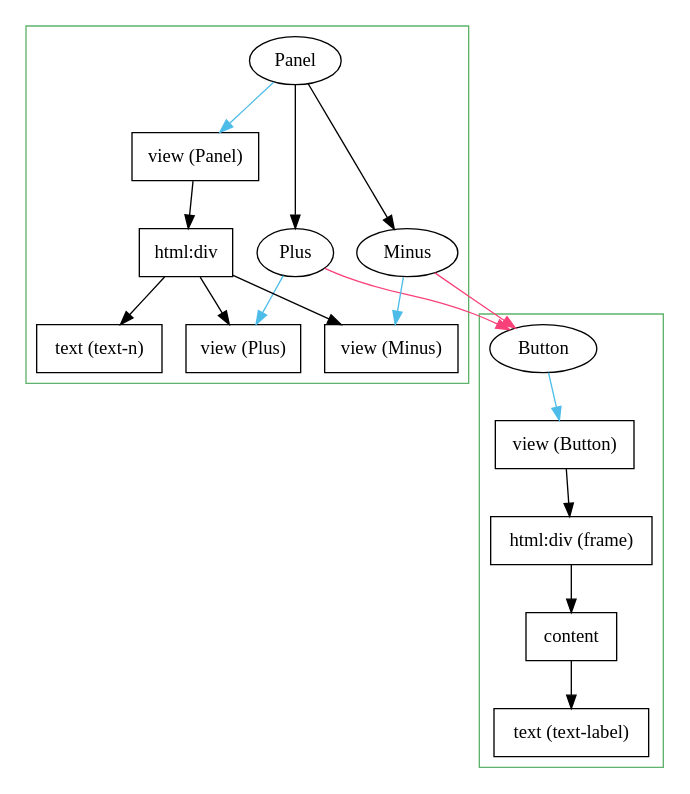
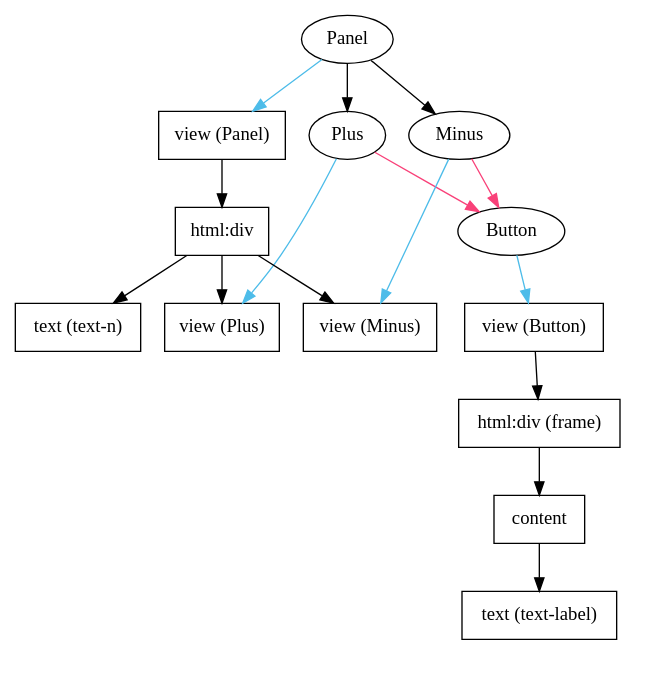
One commit to bendr/bender changed the diagram in spec/fig/panel.gv. Above: the diagram before and after it, drawn with Graphviz. The commit also changed 12 other files, not shown here.

```diff
--- a/spec/fig/panel.gv
+++ b/spec/fig/panel.gv
@@ -1,45 +1,42 @@
 digraph panel {
   node [fontname="Avenir Next"];
   edge [fontname="Avenir Next"];
 
-  subgraph cluster_panel {
-    color="#5eb26b";
-    Panel [ordering=out]
-    Panel -> vpanel [color="#4dbce9"]
-    Panel -> Plus
-    Panel -> Minus
+  Panel [ordering=out]
+  Panel -> vpanel [color="#4dbce9"]
+  Panel -> Plus
+  Panel -> Minus
 
-    subgraph { rank=same; Plus; Minus }
+  subgraph { rank=same; Plus; Minus }
 
-    div1 [label="html:div", shape=box]
-    vpanel [label="view (Panel)", shape=box]
-    vminus [label="view (Minus)", shape=box]
-    vplus [label="view (Plus)", shape=box]
+  div1 [label="html:div", shape=box]
+  vpanel [label="view (Panel)", shape=box]
+  vminus [label="view (Minus)", shape=box]
+  vplus [label="view (Plus)", shape=box]
 
-    textn [label="text (text-n)", shape=box]
-    vpanel -> div1
-    div1 -> textn
-    div1 -> vminus
-    div1 -> vplus
+  textn [label="text (text-n)", shape=box]
+  vpanel -> div1
+  div1 -> textn
+  div1 -> vminus
+  div1 -> vplus
 
-    Plus -> vplus [color="#4dbce9"]
-    Minus -> vminus [color="#4dbce9"]
-  }
+  Plus -> vplus [color="#4dbce9"]
+  Minus -> vminus [color="#4dbce9"]
 
   subgraph cluster_button {
-    color="#5eb26b";
+    color=white
 
     Button -> vbutton [color="#4dbce9"]
     vbutton [label="view (Button)", shape=box]
     frame [label="html:div (frame)", shape=box]
     content [shape=box]
     textlabel [label="text (text-label)", shape=box]
     vbutton -> frame
     frame -> content
     content -> textlabel
 
     Minus -> Button [color="#f94179"]
     Plus -> Button [color="#f94179"]
   }
 
 }
```
